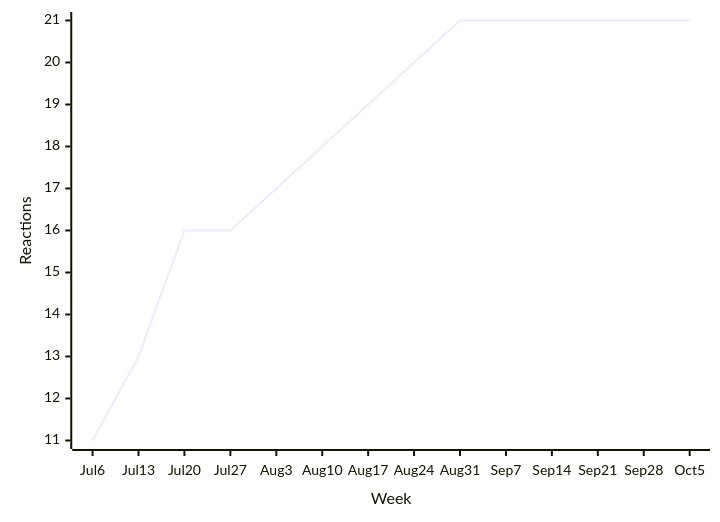
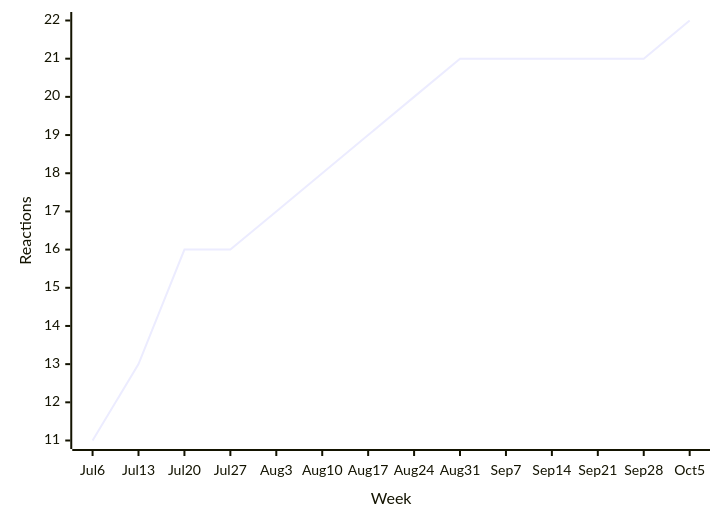
Before and after one commit to loic-sharma/github-insights: the fifth of 38 diagrams in README.md, drawn with Mermaid. The commit also changed other lines of this file and 3 other files, not shown here.

````diff
--- a/README.md
+++ b/README.md
@@ -392,6 +392,6 @@
   ```mermaid
   xychart-beta
     x-axis "Week" [Jul 6, Jul 13, Jul 20, Jul 27, Aug 3, Aug 10, Aug 17, Aug 24, Aug 31, Sep 7, Sep 14, Sep 21, Sep 28, Oct 5]
     y-axis "Reactions"
-    line [11, 13, 16, 16, 17, 18, 19, 20, 21, 21, 21, 21, 21, 21]
+    line [11, 13, 16, 16, 17, 18, 19, 20, 21, 21, 21, 21, 21, 22]
   ```
````
